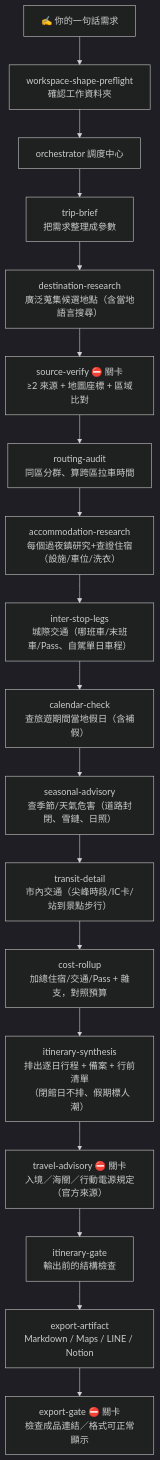
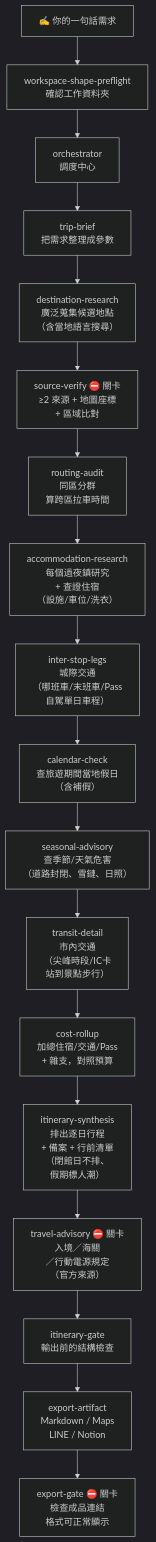
Before and after one commit to helping-ai-workflow/tripwork: the diagram in README.md, drawn with Mermaid (dark theme). The commit also changed 4 other files, not shown here.

First line of the commit message:
release(v0.11.2): wrap README mermaid node labels to stop GitHub CJK clip

````diff
--- a/README.md
+++ b/README.md
@@ -100,22 +100,22 @@
 ```mermaid
 %%{init: {'flowchart':{'htmlLabels':true}}}%%
 flowchart TB
     P["✍️ 你的一句話需求"]
     P --> WSP["workspace-shape-preflight<br/>確認工作資料夾"]
-    WSP --> ORC["orchestrator 調度中心"]
+    WSP --> ORC["orchestrator<br/>調度中心"]
     ORC --> TB["trip-brief<br/>把需求整理成參數"]
-    TB --> DR["destination-research<br/>廣泛蒐集候選地點（含當地語言搜尋）"]
-    DR --> SV["source-verify ⛔ 關卡<br/>≥2 來源 + 地圖座標 + 區域比對"]
-    SV --> RA["routing-audit<br/>同區分群、算跨區拉車時間"]
-    RA --> ACC["accommodation-research<br/>每個過夜鎮研究+查證住宿（設施/車位/洗衣）"]
-    ACC --> LEG["inter-stop-legs<br/>城際交通（哪班車/末班車/Pass、自駕單日車程）"]
-    LEG --> CAL["calendar-check<br/>查旅遊期間當地假日（含補假）"]
-    CAL --> SEA["seasonal-advisory<br/>查季節/天氣危害（道路封閉、雪鏈、日照）"]
-    SEA --> TRN["transit-detail<br/>市內交通（尖峰時段/IC卡/站到景點步行）"]
-    TRN --> COST["cost-rollup<br/>加總住宿/交通/Pass + 雜支，對照預算"]
-    COST --> SYN["itinerary-synthesis<br/>排出逐日行程 + 備案 + 行前清單<br/>（閉館日不排、假期標人潮）"]
-    SYN --> ADV["travel-advisory ⛔ 關卡<br/>入境／海關／行動電源規定（官方來源）"]
+    TB --> DR["destination-research<br/>廣泛蒐集候選地點<br/>（含當地語言搜尋）"]
+    DR --> SV["source-verify ⛔ 關卡<br/>≥2 來源 + 地圖座標<br/>+ 區域比對"]
+    SV --> RA["routing-audit<br/>同區分群<br/>算跨區拉車時間"]
+    RA --> ACC["accommodation-research<br/>每個過夜鎮研究<br/>+ 查證住宿<br/>（設施/車位/洗衣）"]
+    ACC --> LEG["inter-stop-legs<br/>城際交通<br/>（哪班車/末班車/Pass<br/>自駕單日車程）"]
+    LEG --> CAL["calendar-check<br/>查旅遊期間當地假日<br/>（含補假）"]
+    CAL --> SEA["seasonal-advisory<br/>查季節/天氣危害<br/>（道路封閉、雪鏈、日照）"]
+    SEA --> TRN["transit-detail<br/>市內交通<br/>（尖峰時段/IC卡<br/>站到景點步行）"]
+    TRN --> COST["cost-rollup<br/>加總住宿/交通/Pass<br/>+ 雜支，對照預算"]
+    COST --> SYN["itinerary-synthesis<br/>排出逐日行程<br/>+ 備案 + 行前清單<br/>（閉館日不排、<br/>假期標人潮）"]
+    SYN --> ADV["travel-advisory ⛔ 關卡<br/>入境／海關<br/>／行動電源規定<br/>（官方來源）"]
     ADV --> GATE["itinerary-gate<br/>輸出前的結構檢查"]
-    GATE --> EXP["export-artifact<br/>Markdown / Maps / LINE / Notion"]
-    EXP --> EGATE["export-gate ⛔ 關卡<br/>檢查成品連結／格式可正常顯示"]
+    GATE --> EXP["export-artifact<br/>Markdown / Maps<br/>LINE / Notion"]
+    EXP --> EGATE["export-gate ⛔ 關卡<br/>檢查成品連結<br/>格式可正常顯示"]
 ```
````
